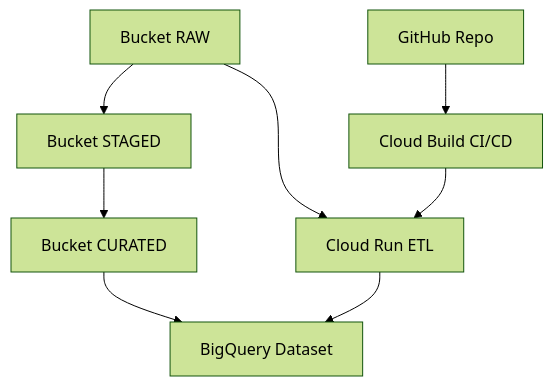
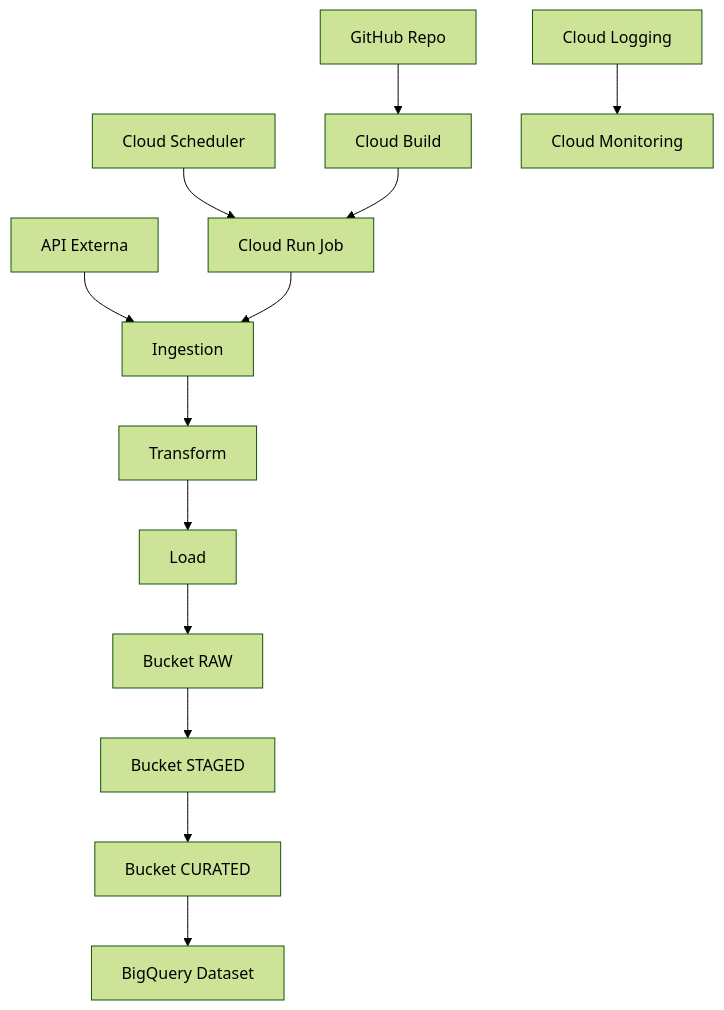
One commit to mariojbusch/data-architecture-demo changed the diagram in README.md. Above: the diagram before and after it, drawn with Mermaid (forest theme). The commit also changed other lines of this file and 18 other files, not shown here.

````diff
--- a/README.md
+++ b/README.md
@@ -41,12 +46,19 @@
 ```mermaid
 flowchart TD
-    A[Bucket RAW] --> B[Bucket STAGED]
-    B --> C[Bucket CURATED]
-    C --> D[BigQuery Dataset]
+    API[API Externa] --> ING[Ingestion]
+    ING --> TR[Transform]
+    TR --> LOAD[Load]
 
-    A --> E[Cloud Run ETL]
-    E --> D
+    LOAD --> RAW[Bucket RAW]
+    RAW --> STAGED[Bucket STAGED]
+    STAGED --> CURATED[Bucket CURATED]
+    CURATED --> BQ[BigQuery Dataset]
 
-    F[GitHub Repo] --> G[Cloud Build CI/CD]
-    G --> E
+    SCHED[Cloud Scheduler] --> CRJ[Cloud Run Job]
+    CRJ --> ING
+
+    GITHUB[GitHub Repo] --> CB[Cloud Build]
+    CB --> CRJ
+
+    LOG[Cloud Logging] --> MON[Cloud Monitoring]
 ```
````
